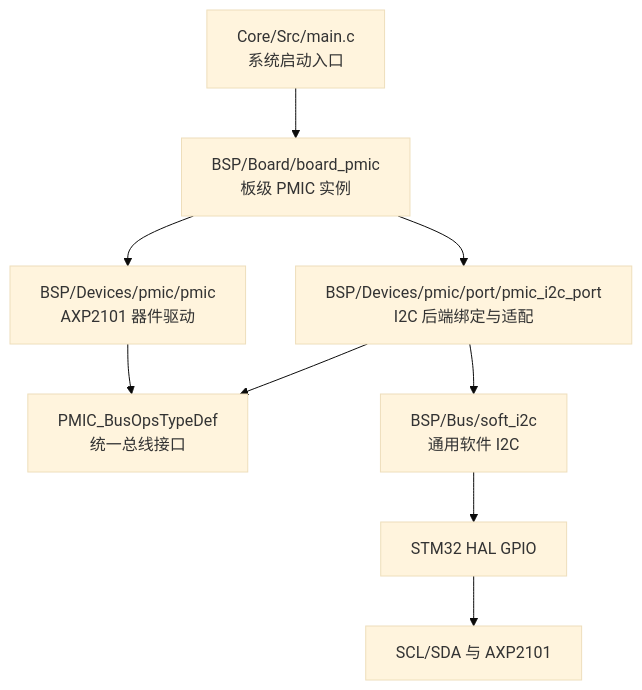
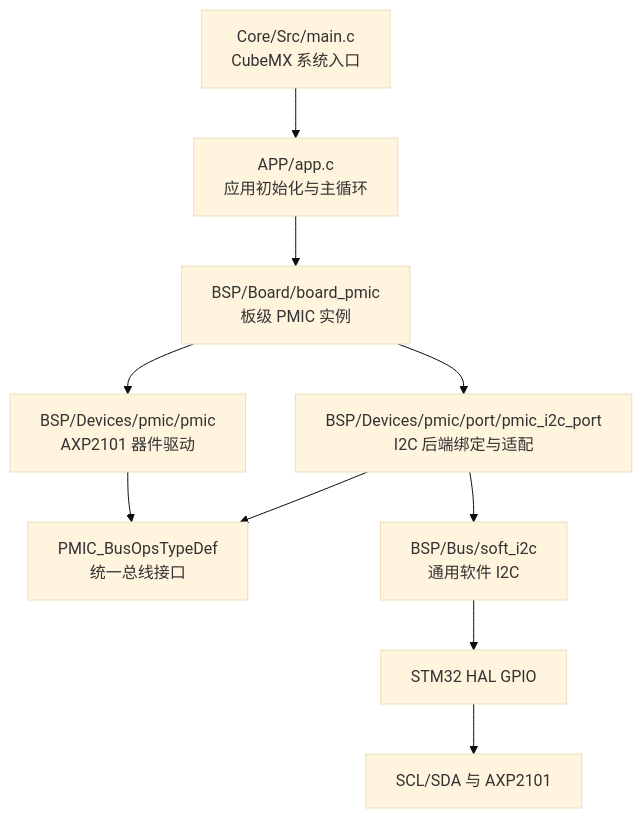
One commit to immorcoding/mp3_project changed the diagram in docs/pmic_i2c_architecture.md. Above: the diagram before and after it, drawn with Mermaid (base theme). The commit also changed other lines of this file and 23 other files, not shown here.

````diff
--- a/docs/pmic_i2c_architecture.md
+++ b/docs/pmic_i2c_architecture.md
@@ -37,11 +37,12 @@
 ```mermaid
 flowchart TD
-    Main["Core/Src/main.c<br/>系统启动入口"] --> Board["BSP/Board/board_pmic<br/>板级 PMIC 实例"]
+    Main["Core/Src/main.c<br/>CubeMX 系统入口"] --> App["APP/app.c<br/>应用初始化与主循环"]
+    App --> Board["BSP/Board/board_pmic<br/>板级 PMIC 实例"]
     Board --> Device["BSP/Devices/pmic/pmic<br/>AXP2101 器件驱动"]
     Board --> Port["BSP/Devices/pmic/port/pmic_i2c_port<br/>I2C 后端绑定与适配"]
     Device --> Ops["PMIC_BusOpsTypeDef<br/>统一总线接口"]
     Port --> Ops
     Port --> SoftI2C["BSP/Bus/soft_i2c<br/>通用软件 I2C"]
     SoftI2C --> HAL["STM32 HAL GPIO"]
     HAL --> HW["SCL/SDA 与 AXP2101"]
 ```
````
